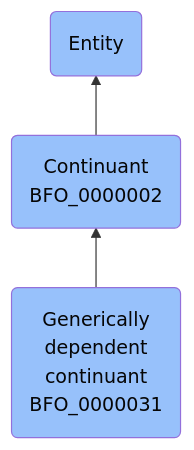
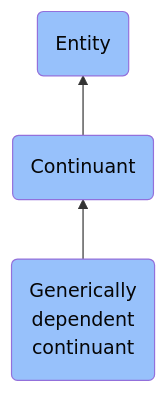
One commit to jupyter-naas/abi changed the diagram in docs/ontology/reference/model/Entity/Continuant/Generically dependent continuant/Generically dependent continuant.md. Above: the diagram before and after it, drawn with Mermaid. The commit also changed other lines of this file and 1430 other files, not shown here.

````diff
--- a/docs/ontology/reference/model/Entity/Continuant/Generically dependent continuant/Generically dependent continuant.md
+++ b/docs/ontology/reference/model/Entity/Continuant/Generically dependent continuant/Generically dependent continuant.md
@@ -24,10 +24,10 @@
 ```mermaid
 graph BT
-    BFO_0000031(Generically<br>dependent<br>continuant<br>BFO_0000031):::BFO-->BFO_0000002
-    BFO_0000002(Continuant<br>BFO_0000002):::BFO-->BFO_0000001
+    BFO_0000031(Generically<br>dependent<br>continuant):::BFO-->BFO_0000002
+    BFO_0000002(Continuant):::BFO-->BFO_0000001
     BFO_0000001(Entity):::BFO
     
     classDef BFO fill:#97c1fb,color:#060606
     classDef CCO fill:#e4c51e,color:#060606
     classDef ABI fill:#48DD82,color:#060606
 ```
````
